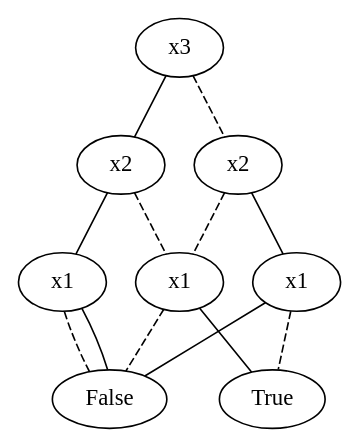
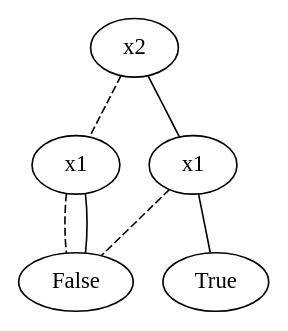
One commit to Kira13s/ALGAV changed the diagram in graphe/momo_test1.dot. Above: the diagram before and after it, drawn with Graphviz. The commit also changed 7 other files, not shown here.

```diff
--- a/graphe/momo_test1.dot
+++ b/graphe/momo_test1.dot
@@ -1,22 +1,13 @@
 graph { 
-0 [ label = "x3" ];
-1 [ label = "x2" ];
-2 [ label = "x1" ];
-3 [ label = "False" ];
-2--3 [style=dashed];
+0 [ label = "x2" ];
+1 [ label = "x1" ];
+2 [ label = "False" ];
+1--2 [style=dashed];
+1--2;
+0--1 [style=dashed];
+3 [ label = "x1" ];
+3--2 [style=dashed];
 4 [ label = "True" ];
-2--4;
-1--2 [style=dashed];
-5 [ label = "x1" ];
-5--4 [style=dashed];
-5--3;
-1--5;
-0--1 [style=dashed];
-6 [ label = "x2" ];
-6--2 [style=dashed];
-7 [ label = "x1" ];
-7--3 [style=dashed];
-7--3;
-6--7;
-0--6;
+3--4;
+0--3;
 }
```
